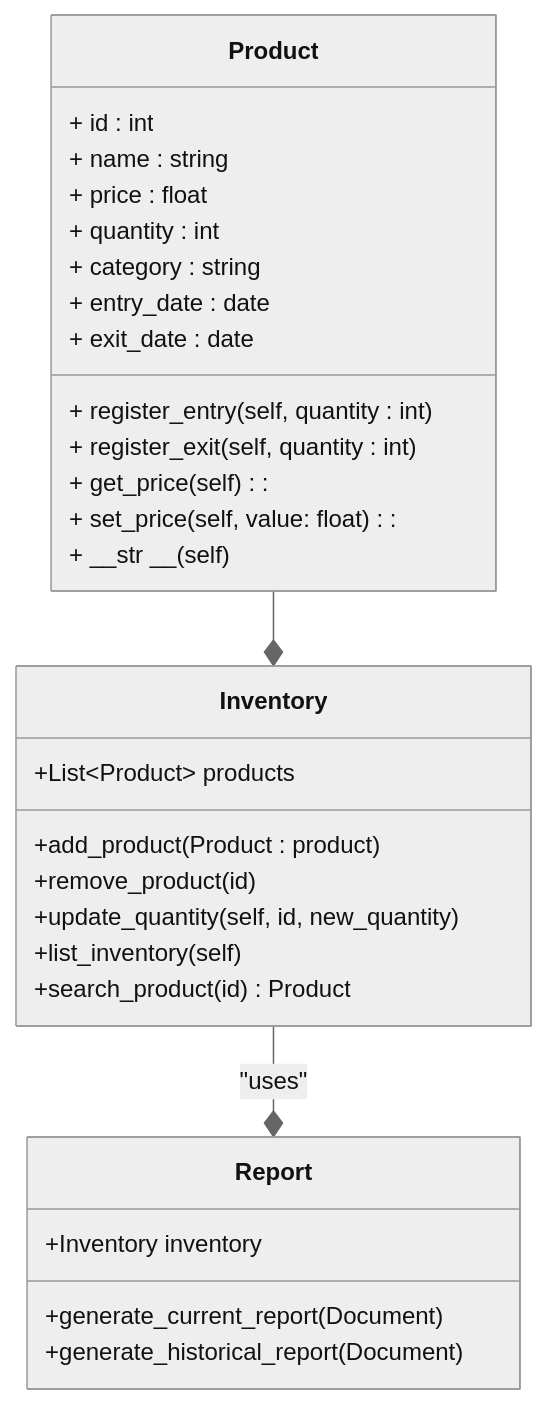
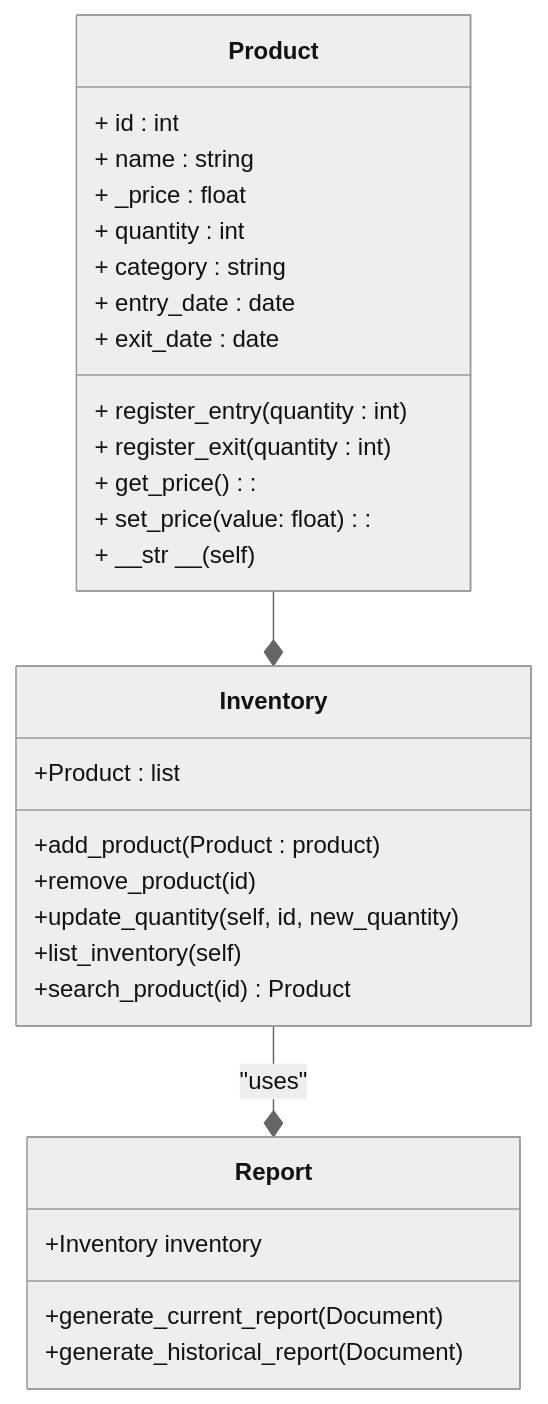
One commit to nisaespa/project_progress changed the diagram in README.md. Above: the diagram before and after it, drawn with Mermaid (neutral theme).

````diff
--- a/README.md
+++ b/README.md
@@ -6,35 +6,35 @@
 ``` mermaid
 classDiagram
     class Product {
         + id : int
         + name : string
-        + price : float
+        + _price : float
         + quantity : int
         + category : string
         + entry_date : date
         + exit_date : date
-        + register_entry(self, quantity : int)
-        + register_exit(self, quantity : int)
-        + get_price(self):
-        + set_price(self, value: float):
+        + register_entry(quantity : int)
+        + register_exit(quantity : int)
+        + get_price():
+        + set_price(value: float):
         + __str __(self)
     }
 
     class Inventory {
-        +List~Product~ products
+        +Product : list
         +add_product(Product : product)
         +remove_product(id)
         +update_quantity(self, id, new_quantity)
         +list_inventory(self)
         +search_product(id) Product
     }
 
     class Report {
         +Inventory inventory
         +generate_current_report(Document)
         +generate_historical_report(Document)
     }
 
     Product --* Inventory
     Inventory --* Report : "uses"
 ```
````
